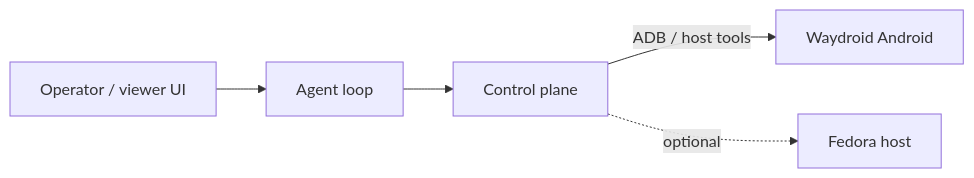
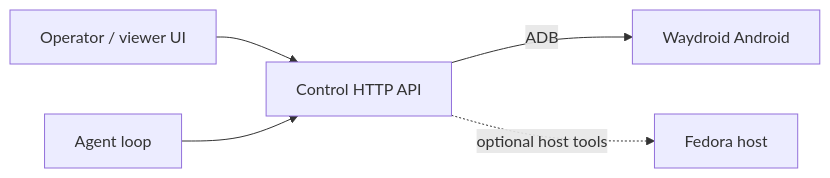
One commit to branpurn/waydroid-computer-use changed the diagram in README.md. Above: the diagram before and after it, drawn with Mermaid. The commit also changed other lines of this file, not shown here.

````diff
--- a/README.md
+++ b/README.md
@@ -29,7 +14,7 @@
 ```mermaid
 flowchart LR
-  UI[Operator / viewer UI] --> Loop[Agent loop]
-  Loop --> Ctrl[Control plane]
-  Ctrl -->|ADB / host tools| WD[Waydroid Android]
-  Ctrl -.->|optional| Fed[Fedora host]
+  UI[Operator / viewer UI] --> API[Control HTTP API]
+  Loop[Agent loop] --> API
+  API -->|ADB| WD[Waydroid Android]
+  API -.->|optional host tools| Fed[Fedora host]
 ```
````
